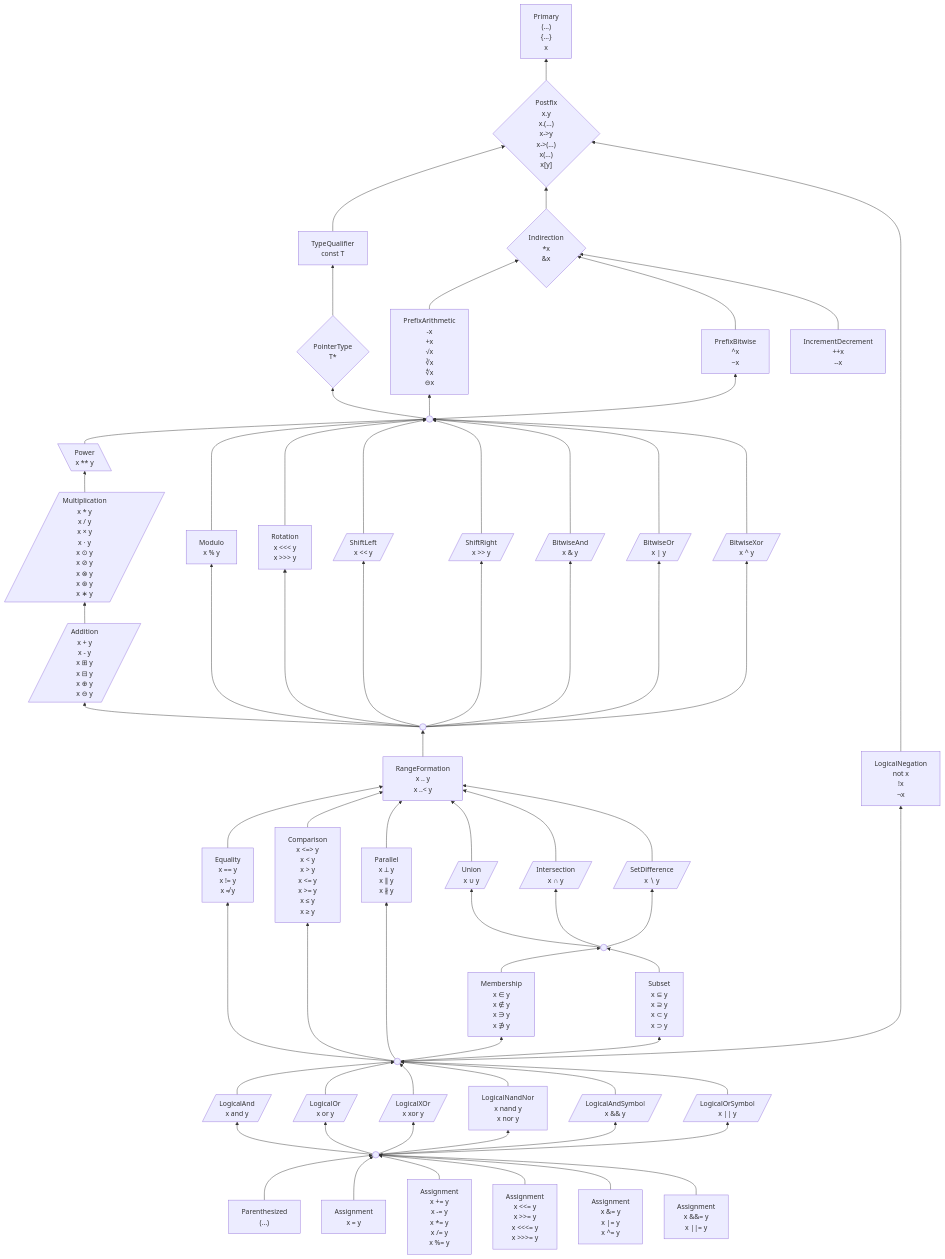
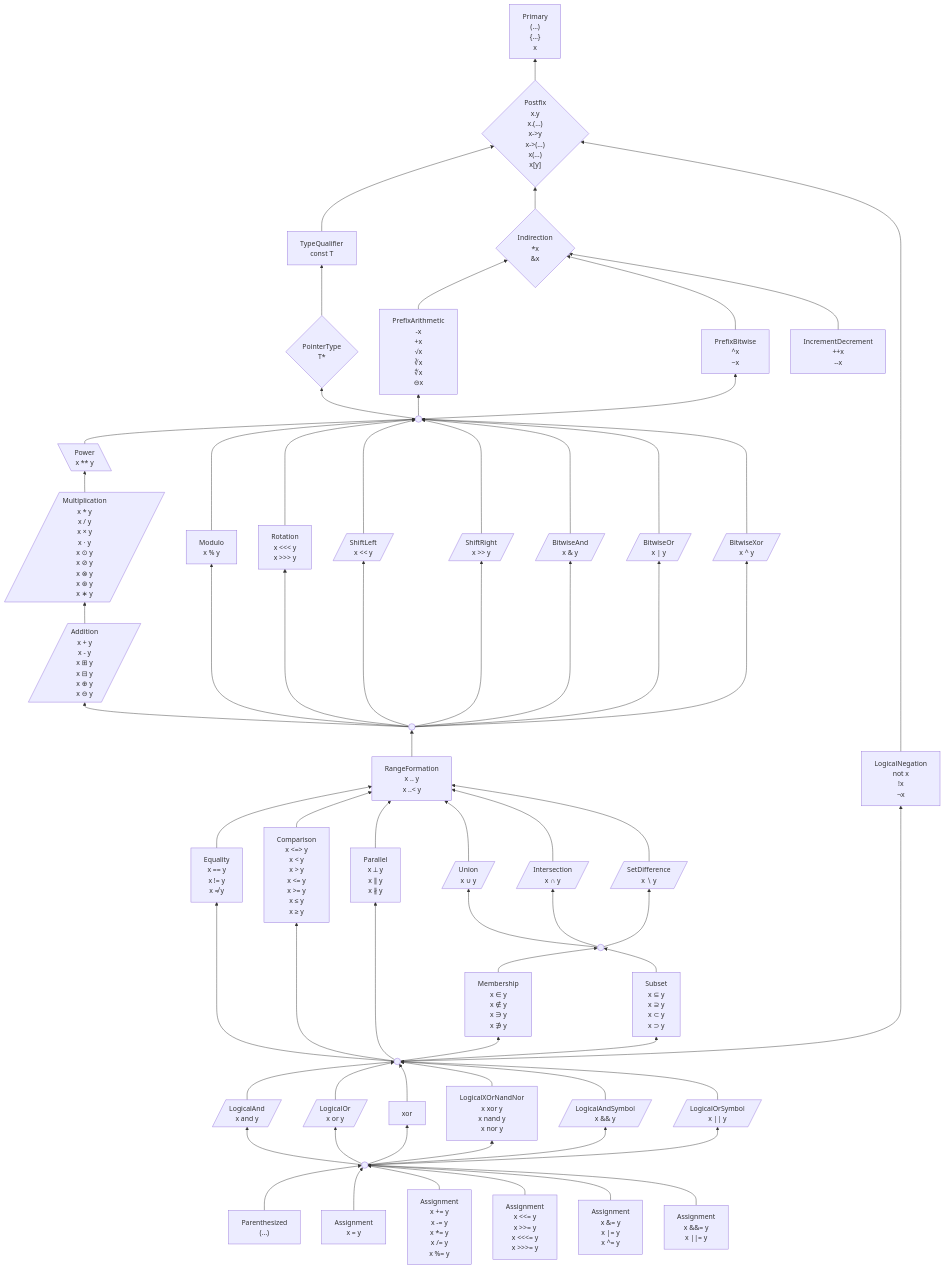
The first of 2 diagrams in 6 .../2 Unfinished Ideas.md (laro/Cilia), drawn with Mermaid before and after one commit. The commit also changed other lines of this file, not shown here.

```diff
--- a/6 .../2 Unfinished Ideas.md
+++ b/6 .../2 Unfinished Ideas.md
@@ -351,9 +351,8 @@
 x and y"/]
     or[/"LogicalOr
 x or y"/]
-    xor[/"LogicalXOr
-x xor y"/]
-    nandNor["LogicalNandNor
+    nandNor["LogicalXOrNandNor
+x xor y
 x nand y
 x nor y"]
     andSymbol[/"LogicalAndSymbol
```
